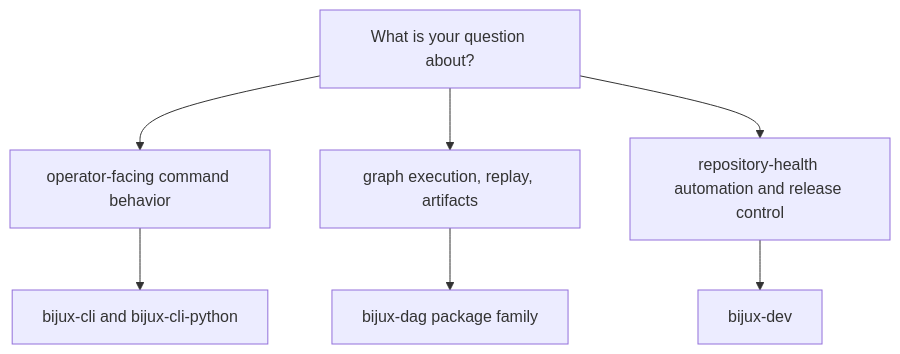
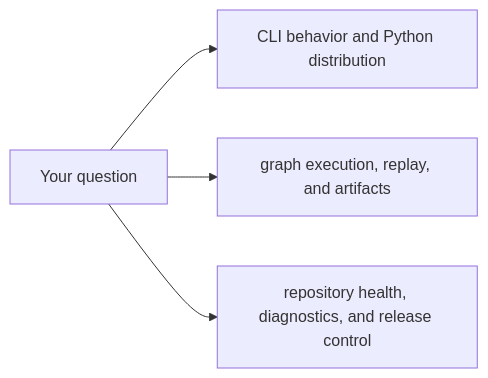
One commit to bijux/bijux-cli changed the diagram in docs/bijux-core/foundation/package-map.md. Above: the diagram before and after it, drawn with Mermaid. The commit also changed other lines of this file, not shown here.

Commit message:
docs(foundation): make the package map reader-first

````diff
--- a/docs/bijux-core/foundation/package-map.md
+++ b/docs/bijux-core/foundation/package-map.md
@@ -15,11 +15,6 @@
 ```mermaid
-flowchart TD
-    Q[What is your question about?]
-    Q --> R1[operator-facing command behavior]
-    Q --> R2[graph execution, replay, artifacts]
-    Q --> R3[repository-health automation and release control]
-
-    R1 --> P1[bijux-cli and bijux-cli-python]
-    R2 --> P2[bijux-dag package family]
-    R3 --> P3[bijux-dev]
+flowchart LR
+    question["Your question"] --> cli["CLI behavior and Python distribution"]
+    question --> dag["graph execution, replay, and artifacts"]
+    question --> dev["repository health, diagnostics, and release control"]
 ```
````
